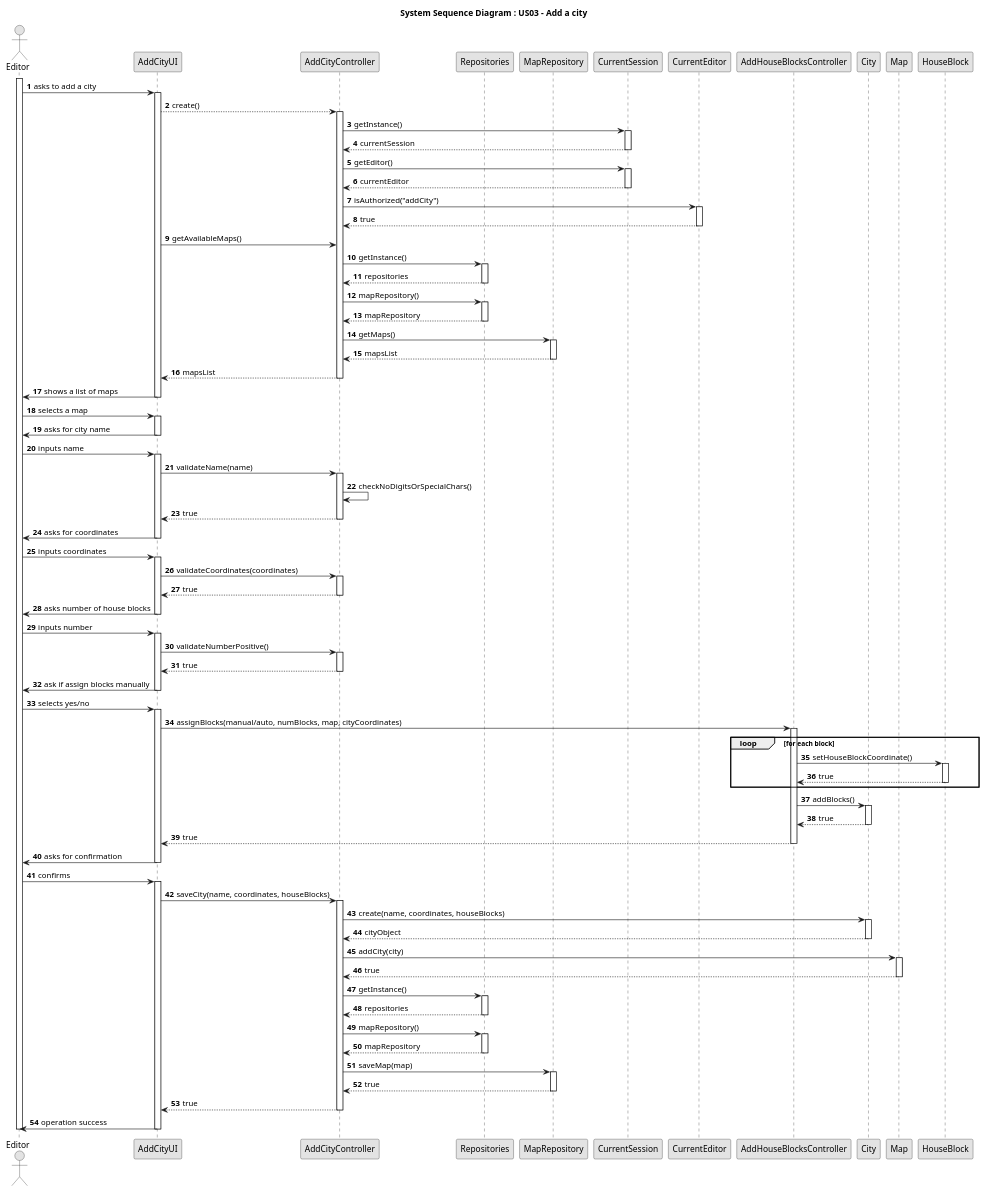
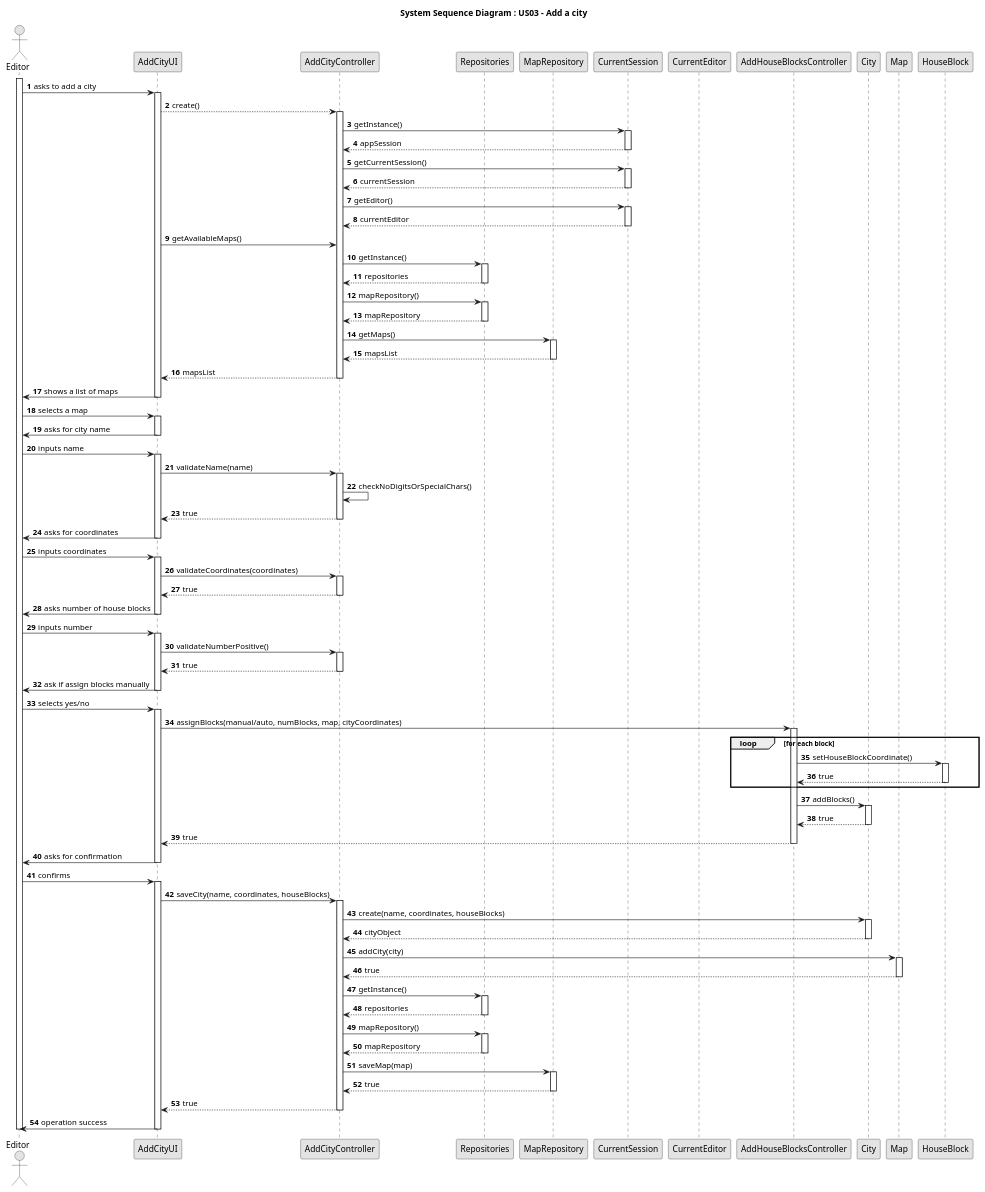
Before and after one commit to HenriqueSilva18/Railway-Network-Simulator: the diagram in docs/system-documentation/Sprint 2/US03/03.design/puml/US003-SD-full.puml, drawn with PlantUML. The commit also changed 3 other files, not shown here.

```diff
--- a/docs/system-documentation/Sprint 2/US03/03.design/puml/US003-SD-full.puml
+++ b/docs/system-documentation/Sprint 2/US03/03.design/puml/US003-SD-full.puml
@@ -1,149 +1,150 @@
 @startuml
 
 skinparam monochrome true
 skinparam packageStyle rectangle
 skinparam shadowing false
 autonumber
 
 title System Sequence Diagram : US03 - Add a city
 
 actor Editor
 participant AddCityUI
 participant AddCityController
 participant Repositories
 participant MapRepository
 participant CurrentSession
 participant CurrentEditor
 participant AddHouseBlocksController
 participant City
 participant Map
 participant HouseBlock
 
 activate Editor
 Editor -> AddCityUI : asks to add a city
 activate AddCityUI
 AddCityUI --> AddCityController : create()
 activate AddCityController
 
 ' Check current session and editor first
 AddCityController -> CurrentSession : getInstance()
 activate CurrentSession
+CurrentSession --> AddCityController : appSession
+deactivate CurrentSession
+AddCityController -> CurrentSession : getCurrentSession()
+activate CurrentSession
 CurrentSession --> AddCityController : currentSession
 deactivate CurrentSession
 AddCityController -> CurrentSession : getEditor()
 activate CurrentSession
 CurrentSession --> AddCityController : currentEditor
 deactivate CurrentSession
-AddCityController -> CurrentEditor : isAuthorized("addCity")
-activate CurrentEditor
-CurrentEditor --> AddCityController : true
-deactivate CurrentEditor
+
 
 AddCityUI -> AddCityController : getAvailableMaps()
 AddCityController -> Repositories : getInstance()
 activate Repositories
 Repositories --> AddCityController : repositories
 deactivate Repositories
 AddCityController -> Repositories : mapRepository()
 activate Repositories
 Repositories --> AddCityController : mapRepository
 deactivate Repositories
 AddCityController -> MapRepository : getMaps()
 activate MapRepository
 MapRepository --> AddCityController : mapsList
 deactivate MapRepository
 AddCityController --> AddCityUI : mapsList
 deactivate AddCityController
 AddCityUI -> Editor : shows a list of maps
 deactivate AddCityUI
 
 Editor -> AddCityUI : selects a map
 activate AddCityUI
 
 AddCityUI -> Editor : asks for city name
 deactivate AddCityUI
 Editor -> AddCityUI : inputs name
 activate AddCityUI
 AddCityUI -> AddCityController : validateName(name)
 activate AddCityController
 AddCityController -> AddCityController : checkNoDigitsOrSpecialChars()
 AddCityController --> AddCityUI : true
 deactivate AddCityController
 
 AddCityUI -> Editor : asks for coordinates
 deactivate AddCityUI
 Editor -> AddCityUI : inputs coordinates
 activate AddCityUI
 AddCityUI -> AddCityController : validateCoordinates(coordinates)
 activate AddCityController
 AddCityController --> AddCityUI : true
 deactivate AddCityController
 AddCityUI -> Editor : asks number of house blocks
 deactivate AddCityUI
 Editor -> AddCityUI : inputs number
 activate AddCityUI
 AddCityUI -> AddCityController : validateNumberPositive()
 activate AddCityController
 AddCityController --> AddCityUI : true
 deactivate AddCityController
 
 AddCityUI -> Editor : ask if assign blocks manually
 deactivate AddCityUI
 Editor -> AddCityUI : selects yes/no
 activate AddCityUI
 AddCityUI -> AddHouseBlocksController : assignBlocks(manual/auto, numBlocks, map, cityCoordinates)
 activate AddHouseBlocksController
 loop for each block
 AddHouseBlocksController -> HouseBlock : setHouseBlockCoordinate()
 activate HouseBlock
 HouseBlock --> AddHouseBlocksController : true
 deactivate HouseBlock
 end
 AddHouseBlocksController -> City : addBlocks()
 activate City
 City --> AddHouseBlocksController : true
 deactivate City
 AddHouseBlocksController --> AddCityUI : true
 deactivate AddHouseBlocksController
 
 
 
 AddCityUI -> Editor : asks for confirmation
 deactivate AddCityUI
 Editor -> AddCityUI : confirms
 
 activate AddCityUI
 AddCityUI -> AddCityController : saveCity(name, coordinates, houseBlocks)
 activate AddCityController
 AddCityController -> City : create(name, coordinates, houseBlocks)
 activate City
 City --> AddCityController : cityObject
 deactivate City
 AddCityController -> Map : addCity(city)
 activate Map
 Map --> AddCityController : true
 deactivate Map
 
 
 ' Add saving to repository
 AddCityController -> Repositories : getInstance()
 activate Repositories
 Repositories --> AddCityController : repositories
 deactivate Repositories
 AddCityController -> Repositories : mapRepository()
 activate Repositories
 Repositories --> AddCityController : mapRepository
 deactivate Repositories
 AddCityController -> MapRepository : saveMap(map)
 activate MapRepository
 MapRepository --> AddCityController : true
 deactivate MapRepository
 
 AddCityController --> AddCityUI : true
 deactivate AddCityController
 
 AddCityUI -> Editor : operation success
 deactivate AddCityUI
 deactivate Editor
 
 @enduml
```
